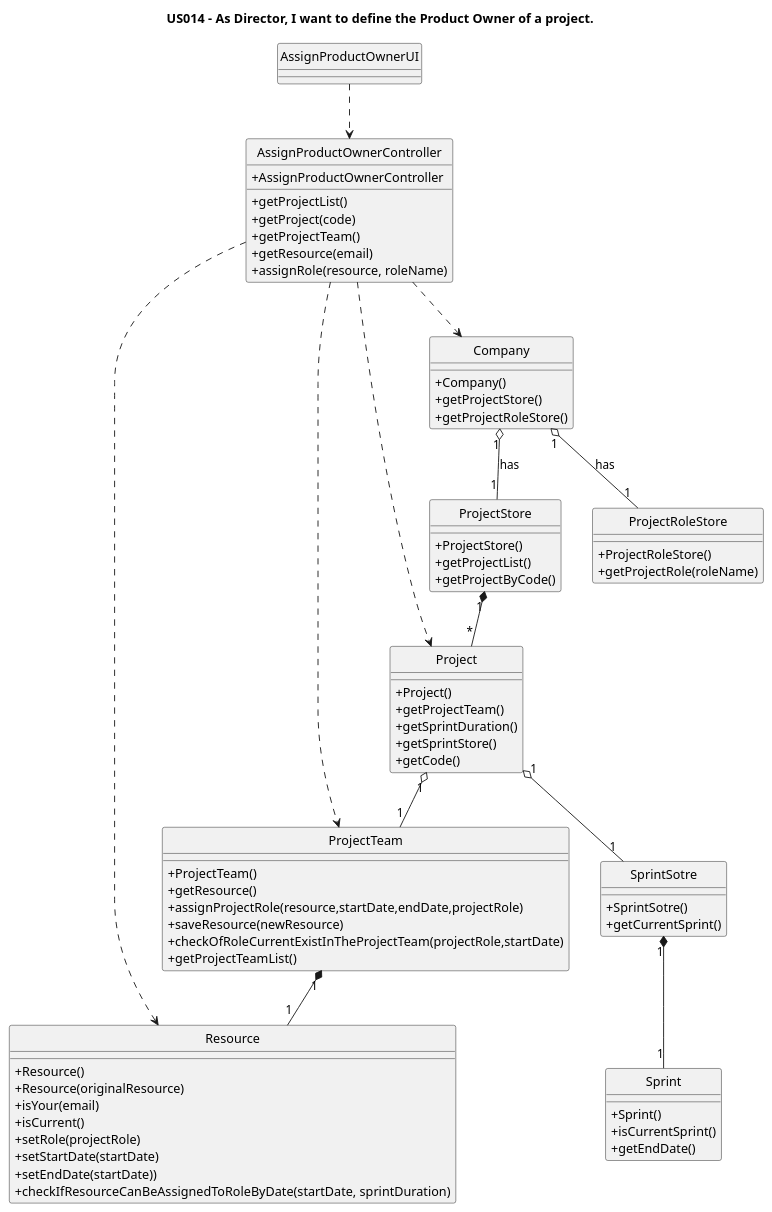
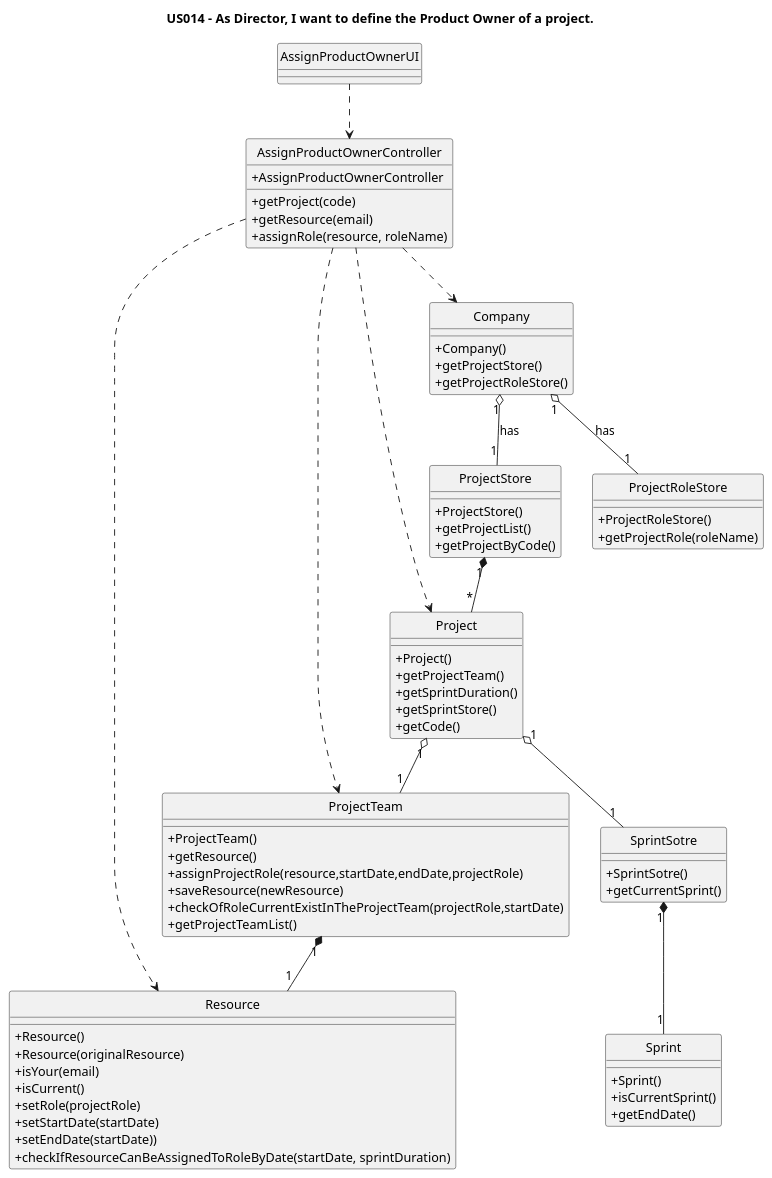
Before and after one commit to nunogon1211787/projectManagement: the diagram in docs/Sprint3/US027/US027-CD.puml, drawn with PlantUML. The commit also changed 18 other files, not shown here.

```diff
--- a/docs/Sprint3/US027/US027-CD.puml
+++ b/docs/Sprint3/US027/US027-CD.puml
@@ -1,90 +1,88 @@
 @startuml
 
 hide circle
 skinparam classAttributeIconSize 0
 
 title "US014 - As Director, I want to define the Product Owner of a project."
 
 class AssignProductOwnerUI {
 }
 
 class AssignProductOwnerController{
     +AssignProductOwnerController
-    +getProjectList()
     +getProject(code)
-    +getProjectTeam()
     +getResource(email)
     +assignRole(resource, roleName)
 }
 
 class Company {
     +Company()
     +getProjectStore()
     +getProjectRoleStore()
 }
 
 class ProjectTeam {
     +ProjectTeam()
     +getResource()
     +assignProjectRole(resource,startDate,endDate,projectRole)
     +saveResource(newResource)
     +checkOfRoleCurrentExistInTheProjectTeam(projectRole,startDate)
     +getProjectTeamList()
 }
 
 class Resource {
     +Resource()
     +Resource(originalResource)
     +isYour(email)
     +isCurrent()
     +setRole(projectRole)
     +setStartDate(startDate)
     +setEndDate(startDate))
     +checkIfResourceCanBeAssignedToRoleByDate(startDate, sprintDuration)
 }
 
 class ProjectStore {
     +ProjectStore()
     +getProjectList()
     +getProjectByCode()
 }
 
 class ProjectRoleStore {
     +ProjectRoleStore()
     +getProjectRole(roleName)
 }
 
 class Project {
     +Project()
     +getProjectTeam()
     +getSprintDuration()
     +getSprintStore()
     +getCode()
 }
 
 class SprintSotre {
     +SprintSotre()
     +getCurrentSprint()
 }
 
 class Sprint {
     +Sprint()
     +isCurrentSprint()
     +getEndDate()
 }
 
 AssignProductOwnerUI ..> AssignProductOwnerController
 AssignProductOwnerController ..> Company
 AssignProductOwnerController ..> Project
 AssignProductOwnerController ..> ProjectTeam
 AssignProductOwnerController ..> Resource
 
 Company "1" o-- "1" ProjectRoleStore: has
 Company "1" o-- "1" ProjectStore: has
 ProjectStore "1" *-- "*" Project
 Project "1" o-- "1" ProjectTeam
 Project "1" o-- "1" SprintSotre
 SprintSotre "1" *-- "1" Sprint
 ProjectTeam "1" *-- "1" Resource
 
 @enduml
```
